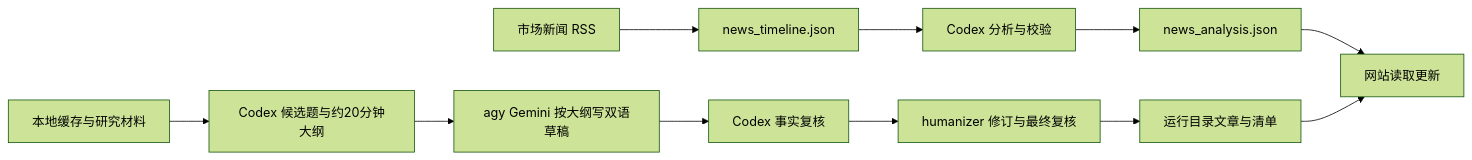
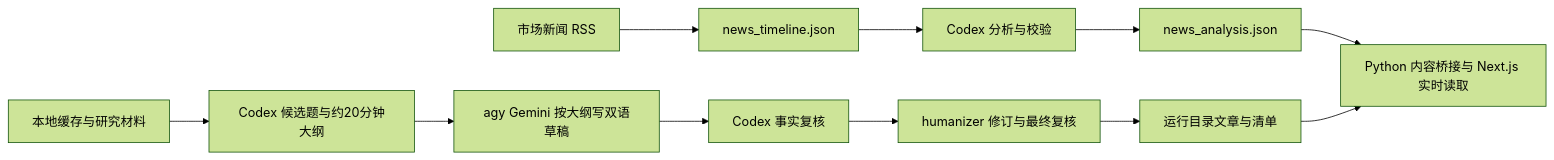
The diagram in docs/website-workflow.md (guiyang882/news-claw), drawn with Mermaid (forest theme) before and after one commit. The commit also changed other lines of this file and 28 other files, not shown here.

````diff
--- a/docs/website-workflow.md
+++ b/docs/website-workflow.md
@@ -7,13 +7,13 @@
 ```mermaid
 flowchart LR
     A[市场新闻 RSS] --> B[news_timeline.json]
     B --> C[Codex 分析与校验]
     C --> D[news_analysis.json]
-    D --> E[网站读取更新]
+    D --> E[Python 内容桥接与 Next.js 实时读取]
     F[本地缓存与研究材料] --> T[Codex 候选题与约20分钟大纲]
     T --> G[agy Gemini 按大纲写双语草稿]
     G --> H[Codex 事实复核]
     H --> I[humanizer 修订与最终复核]
     I --> J[运行目录文章与清单]
     J --> E
 ```
````
